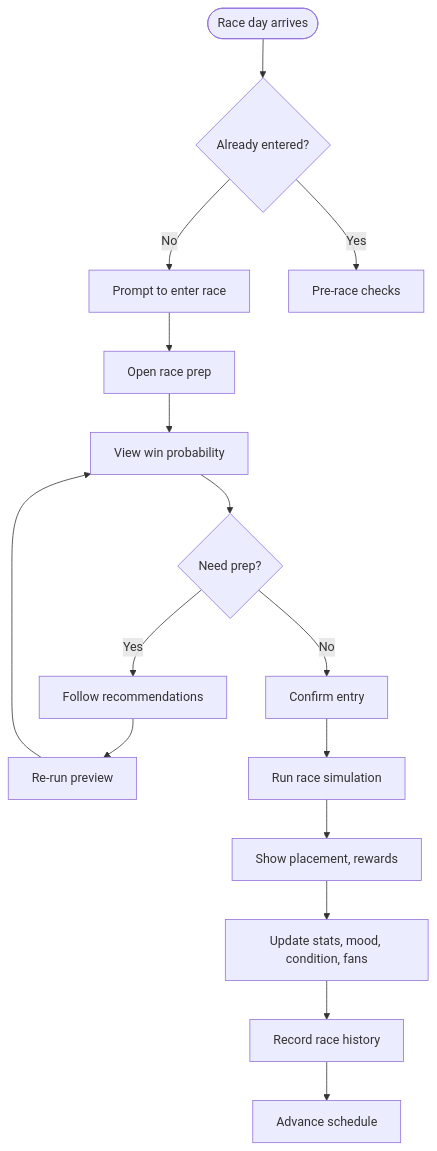
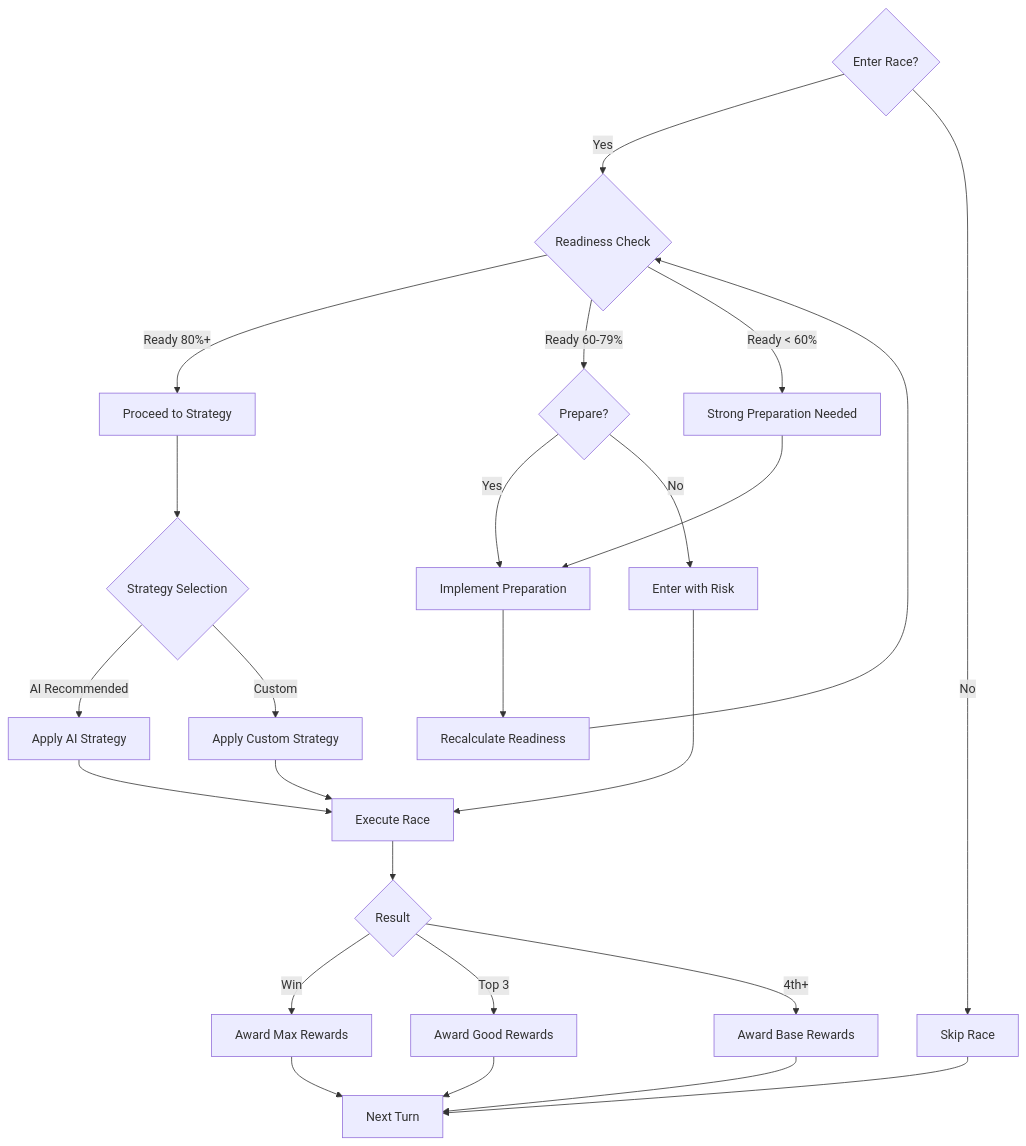
The fourth of 7 diagrams in docs/01-user-flows/UF-004_Race_Day_Flow.md (exatfrds67/umamusume-career-planner), drawn with Mermaid before and after one commit. The commit also changed other lines of this file and 67 other files, not shown here.

````diff
--- a/docs/01-user-flows/UF-004_Race_Day_Flow.md
+++ b/docs/01-user-flows/UF-004_Race_Day_Flow.md
@@ -26,20 +697,35 @@
 ```mermaid
 flowchart TD
-    Start([Race day arrives]) --> CheckEntry{Already entered?}
-    CheckEntry -->|No| PromptEnter[Prompt to enter race]
-    PromptEnter --> RacePrep[Open race prep]
-    CheckEntry -->|Yes| PreCheck[Pre-race checks]
-
-    RacePrep --> WinProb[View win probability]
-    WinProb --> AdjustPlan{Need prep?}
-    AdjustPlan -->|Yes| Recommendations[Follow recommendations]
-    Recommendations --> ReturnPrep[Re-run preview]
-    ReturnPrep --> WinProb
-    AdjustPlan -->|No| LockEntry[Confirm entry]
-
-    LockEntry --> Simulate[Run race simulation]
-    Simulate --> Result[Show placement, rewards]
-    Result --> UpdateState[Update stats, mood, condition, fans]
-    UpdateState --> History[Record race history]
-    History --> AdvanceSchedule[Advance schedule]
+    D1{Enter Race?}
+    D1 -->|Yes| D2{Readiness Check}
+    D1 -->|No| Skip[Skip Race]
+    
+    D2 -->|Ready 80%+| D3[Proceed to Strategy]
+    D2 -->|Ready 60-79%| D4{Prepare?}
+    D2 -->|Ready < 60%| D5[Strong Preparation Needed]
+    
+    D4 -->|Yes| PrepPlan[Implement Preparation]
+    D4 -->|No| RiskyEntry[Enter with Risk]
+    
+    D5 --> PrepPlan
+    PrepPlan --> Recheck[Recalculate Readiness]
+    Recheck --> D2
+    
+    D3 --> D6{Strategy Selection}
+    D6 -->|AI Recommended| AIStrategy[Apply AI Strategy]
+    D6 -->|Custom| CustomStrategy[Apply Custom Strategy]
+    
+    AIStrategy --> Execute[Execute Race]
+    CustomStrategy --> Execute
+    RiskyEntry --> Execute
+    
+    Execute --> D7{Result}
+    D7 -->|Win| Celebrate[Award Max Rewards]
+    D7 -->|Top 3| Good[Award Good Rewards]
+    D7 -->|4th+| Low[Award Base Rewards]
+    
+    Celebrate --> NextTurn
+    Good --> NextTurn
+    Low --> NextTurn
+    Skip --> NextTurn[Next Turn]
 ```
````
